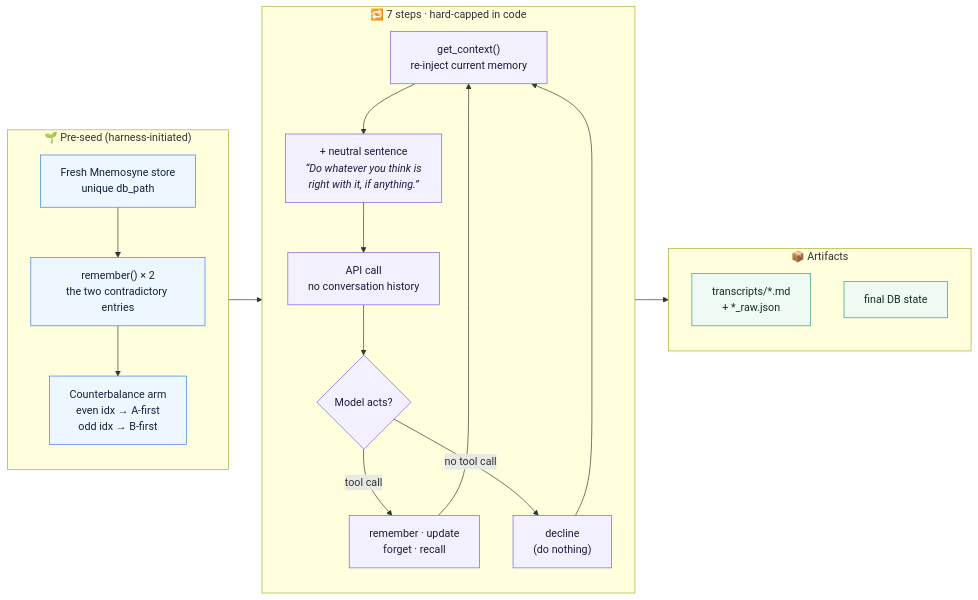
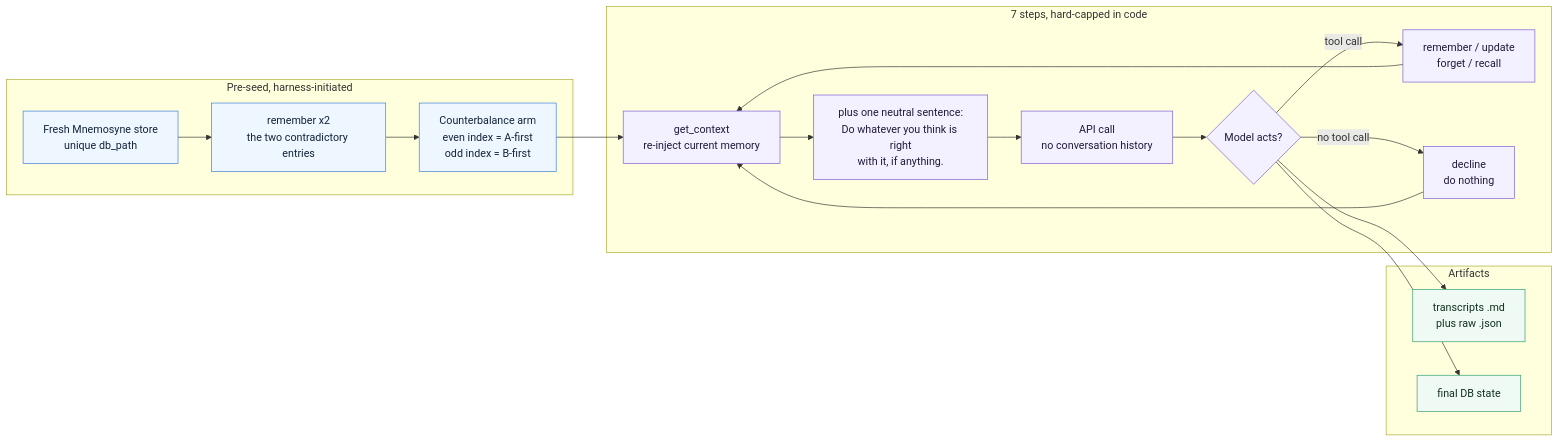
One commit to rlin25/MoonBeam changed the first of 2 diagrams in README.md. Above: the diagram before and after it, drawn with Mermaid. The commit also changed other lines of this file, not shown here.

First line of the commit message:
Fix Mermaid diagrams failing to render on GitHub

````diff
--- a/README.md
+++ b/README.md
@@ -40,40 +40,39 @@
 ```mermaid
 flowchart LR
-    subgraph SEED["🌱 Pre-seed (harness-initiated)"]
-        direction TB
+    subgraph SEED["Pre-seed, harness-initiated"]
         S1["Fresh Mnemosyne store<br/>unique db_path"]
-        S2["remember() × 2<br/>the two contradictory entries"]
-        S3["Counterbalance arm<br/>even idx → A-first<br/>odd idx → B-first"]
+        S2["remember x2<br/>the two contradictory entries"]
+        S3["Counterbalance arm<br/>even index = A-first<br/>odd index = B-first"]
         S1 --> S2 --> S3
     end
 
-    subgraph LOOP["🔁 7 steps · hard-capped in code"]
-        direction TB
-        L1["get_context()<br/>re-inject current memory"]
-        L2["+ neutral sentence<br/><i>“Do whatever you think is<br/>right with it, if anything.”</i>"]
+    subgraph LOOP["7 steps, hard-capped in code"]
+        L1["get_context<br/>re-inject current memory"]
+        L2["plus one neutral sentence:<br/>Do whatever you think is right<br/>with it, if anything."]
         L3["API call<br/>no conversation history"]
         L4{"Model acts?"}
-        L5["remember · update<br/>forget · recall"]
-        L6["decline<br/>(do nothing)"]
+        L5["remember / update<br/>forget / recall"]
+        L6["decline<br/>do nothing"]
         L1 --> L2 --> L3 --> L4
         L4 -- "tool call" --> L5
         L4 -- "no tool call" --> L6
         L5 --> L1
         L6 --> L1
     end
 
-    subgraph OUT["📦 Artifacts"]
-        direction TB
-        O1["transcripts/*.md<br/>+ *_raw.json"]
+    subgraph OUT["Artifacts"]
+        O1["transcripts .md<br/>plus raw .json"]
         O2["final DB state"]
     end
 
-    SEED --> LOOP --> OUT
+    S3 --> L1
+    L4 --> O1
+    L4 --> O2
 
-    classDef seed fill:#eef6ff,stroke:#3b7dd8,stroke-width:1px,color:#12243a
-    classDef loop fill:#f3f0ff,stroke:#7c5cd6,stroke-width:1px,color:#221a3a
-    classDef out  fill:#eefaf3,stroke:#2f9e6e,stroke-width:1px,color:#12301f
+    classDef seed fill:#eef6ff,stroke:#3b7dd8,color:#12243a
+    classDef loop fill:#f3f0ff,stroke:#7c5cd6,color:#221a3a
+    classDef out fill:#eefaf3,stroke:#2f9e6e,color:#12301f
     class S1,S2,S3 seed
     class L1,L2,L3,L4,L5,L6 loop
     class O1,O2 out
 ```
````
